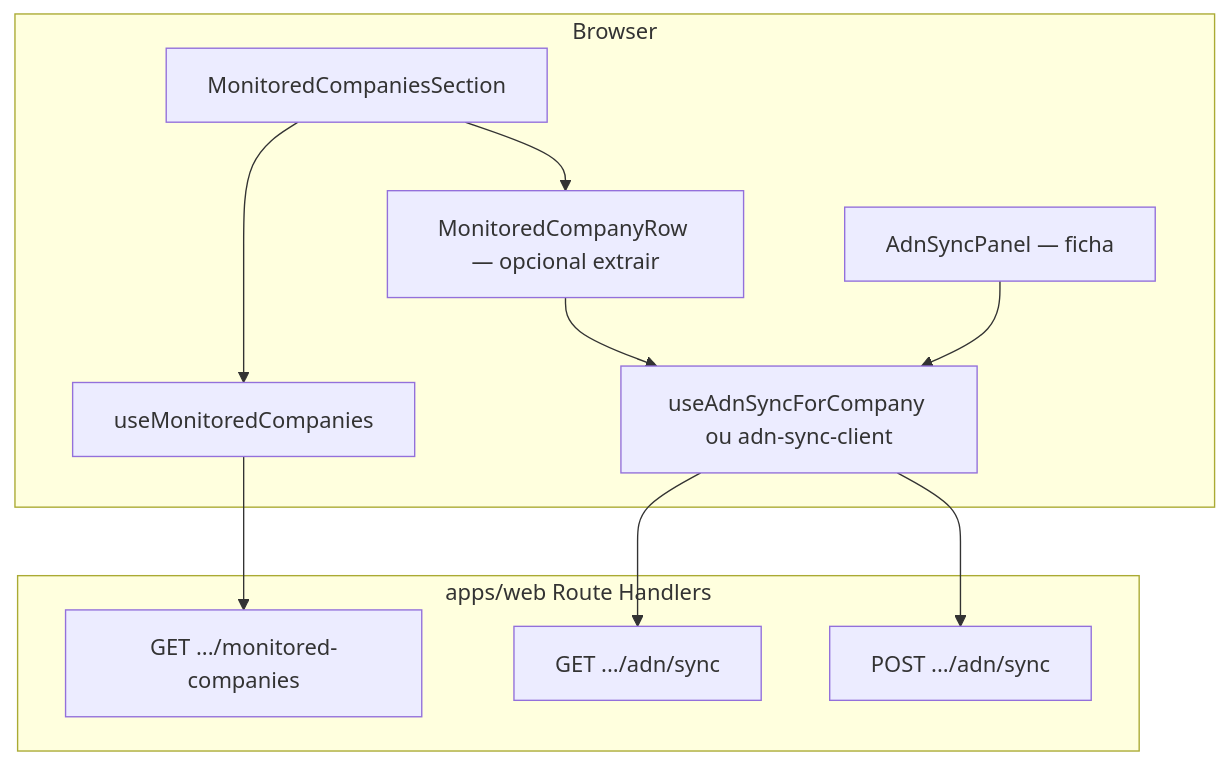
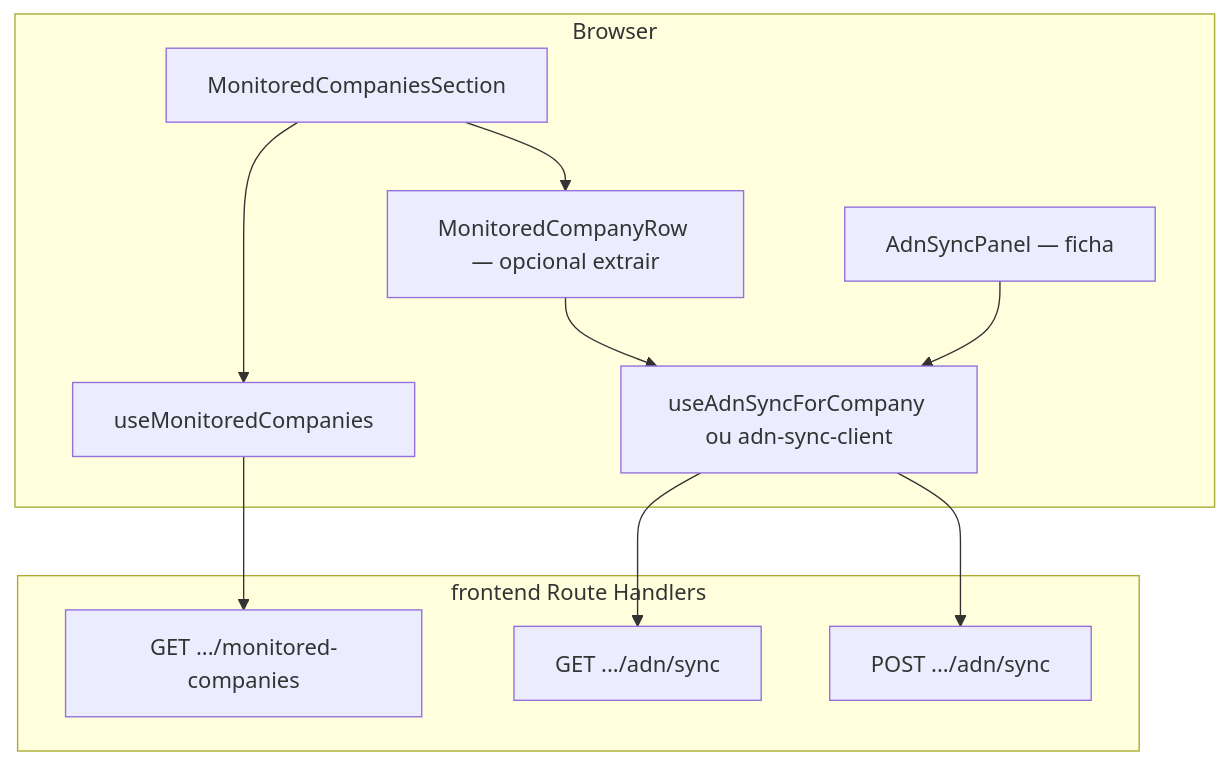
The diagram in docs/architecture-empresas-monitoradas-editar-e-forcar-automacao.md (Leonardo-Richard/Por-enquanto-n-o-fa-o-ideia), drawn with Mermaid before and after one commit. The commit also changed other lines of this file and 71 other files, not shown here.

````diff
--- a/docs/architecture-empresas-monitoradas-editar-e-forcar-automacao.md
+++ b/docs/architecture-empresas-monitoradas-editar-e-forcar-automacao.md
@@ -38,22 +38,22 @@
 ```mermaid
 flowchart TB
   subgraph browser [Browser]
     Sec[MonitoredCompaniesSection]
     Row[MonitoredCompanyRow — opcional extrair]
     HookList[useMonitoredCompanies]
     HookAdn[useAdnSyncForCompany ou adn-sync-client]
     Panel[AdnSyncPanel — ficha]
   end
-  subgraph next [apps/web Route Handlers]
+  subgraph next [frontend Route Handlers]
     GETlist[GET .../monitored-companies]
     GETadn[GET .../adn/sync]
     POSTadn[POST .../adn/sync]
   end
   Sec --> Row
   Sec --> HookList
   Row --> HookAdn
   Panel --> HookAdn
   HookList --> GETlist
   HookAdn --> GETadn
   HookAdn --> POSTadn
 ```
````
